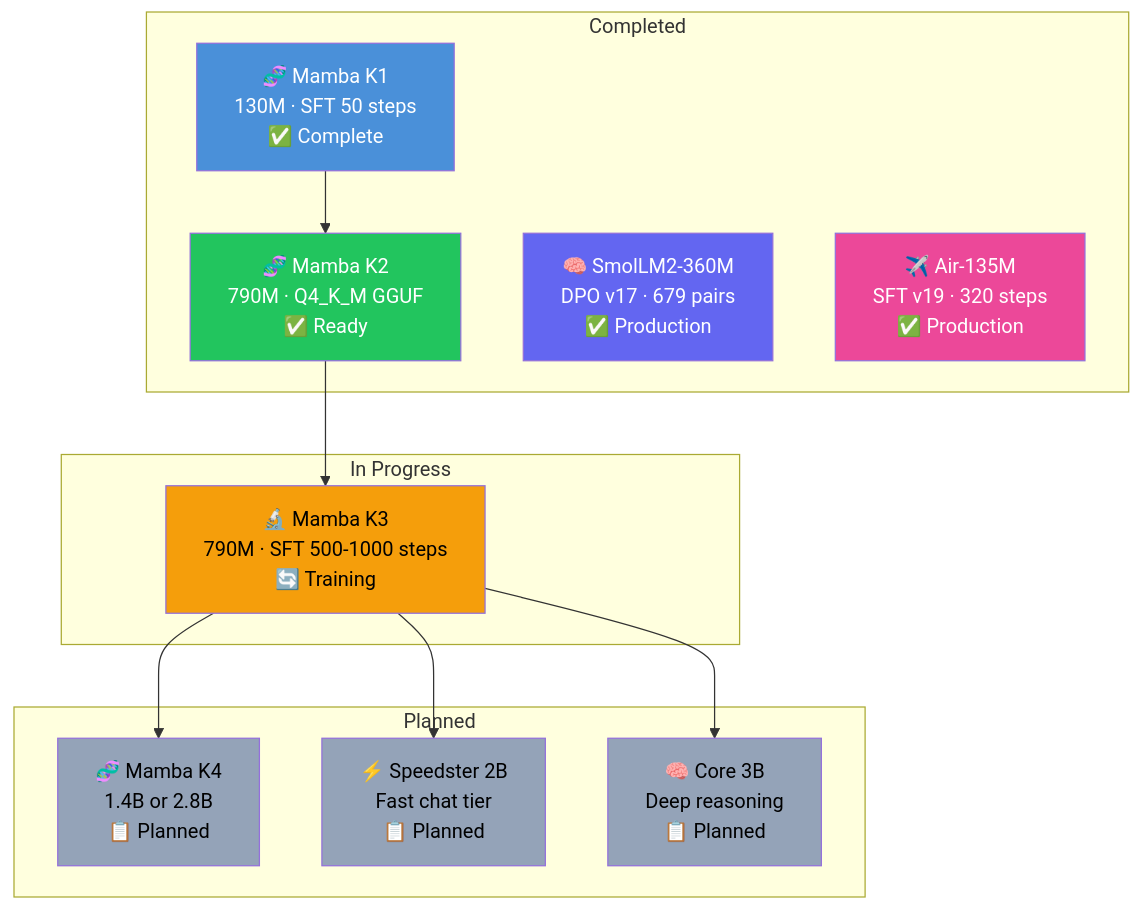
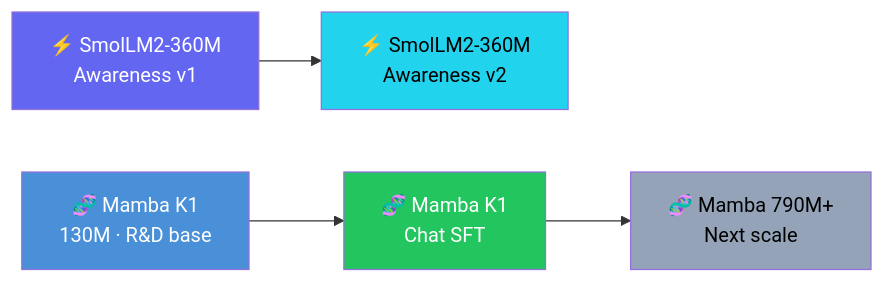
One commit to Subject-Emu-5259/NeuralAI changed the diagram in docs/ROADMAP.md. Above: the diagram before and after it, drawn with Mermaid. The commit also changed other lines of this file and 45 other files, not shown here.

````diff
--- a/docs/ROADMAP.md
+++ b/docs/ROADMAP.md
@@ -80,32 +56,12 @@
 ```mermaid
-graph TB
-    subgraph "Completed"
-        K1["🧬 Mamba K1<br/>130M · SFT 50 steps<br/>✅ Complete"]
-        K2["🧬 Mamba K2<br/>790M · Q4_K_M GGUF<br/>✅ Ready"]
-        SMOLM["🧠 SmolLM2-360M<br/>DPO v17 · 679 pairs<br/>✅ Production"]
-        AIR["✈️ Air-135M<br/>SFT v19 · 320 steps<br/>✅ Production"]
-    end
+graph LR
+    SMOLv1["⚡ SmolLM2-360M<br/>Awareness v1"] --> SMOLv2["⚡ SmolLM2-360M<br/>Awareness v2"]
+    K1["🧬 Mamba K1<br/>130M · R&D base"] --> K1SFT["🧬 Mamba K1<br/>Chat SFT"]
+    K1SFT --> K2["🧬 Mamba 790M+<br/>Next scale"]
 
-    subgraph "In Progress"
-        K3["🔬 Mamba K3<br/>790M · SFT 500-1000 steps<br/>🔄 Training"]
-    end
-
-    subgraph "Planned"
-        K4["🧬 Mamba K4<br/>1.4B or 2.8B<br/>📋 Planned"]
-        SPD["⚡ Speedster 2B<br/>Fast chat tier<br/>📋 Planned"]
-        CORE["🧠 Core 3B<br/>Deep reasoning<br/>📋 Planned"]
-    end
-
-    K1 --> K2 --> K3 --> K4
-    K3 --> SPD
-    K3 --> CORE
-
+    style SMOLv1 fill:#6366f1,color:#fff
+    style SMOLv2 fill:#22d3ee,color:#000
     style K1 fill:#4a90d9,color:#fff
-    style K2 fill:#22c55e,color:#fff
-    style K3 fill:#f59e0b,color:#000
-    style K4 fill:#94a3b8,color:#000
-    style SPD fill:#94a3b8,color:#000
-    style CORE fill:#94a3b8,color:#000
-    style SMOLM fill:#6366f1,color:#fff
-    style AIR fill:#ec4899,color:#fff
+    style K1SFT fill:#22c55e,color:#fff
+    style K2 fill:#94a3b8,color:#000
 ```
````
